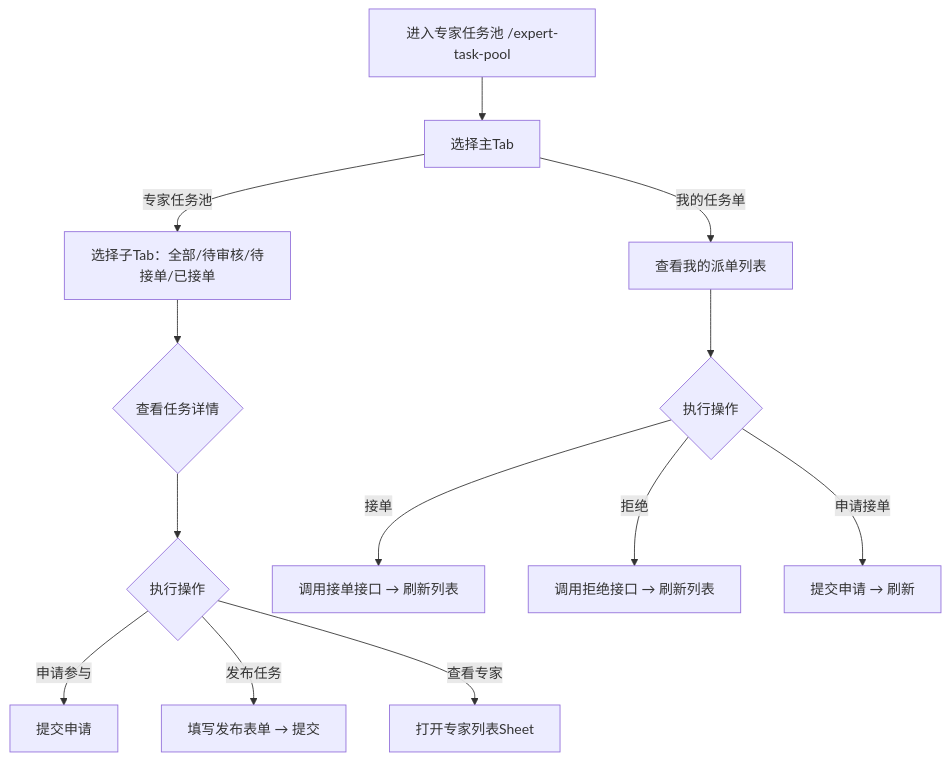
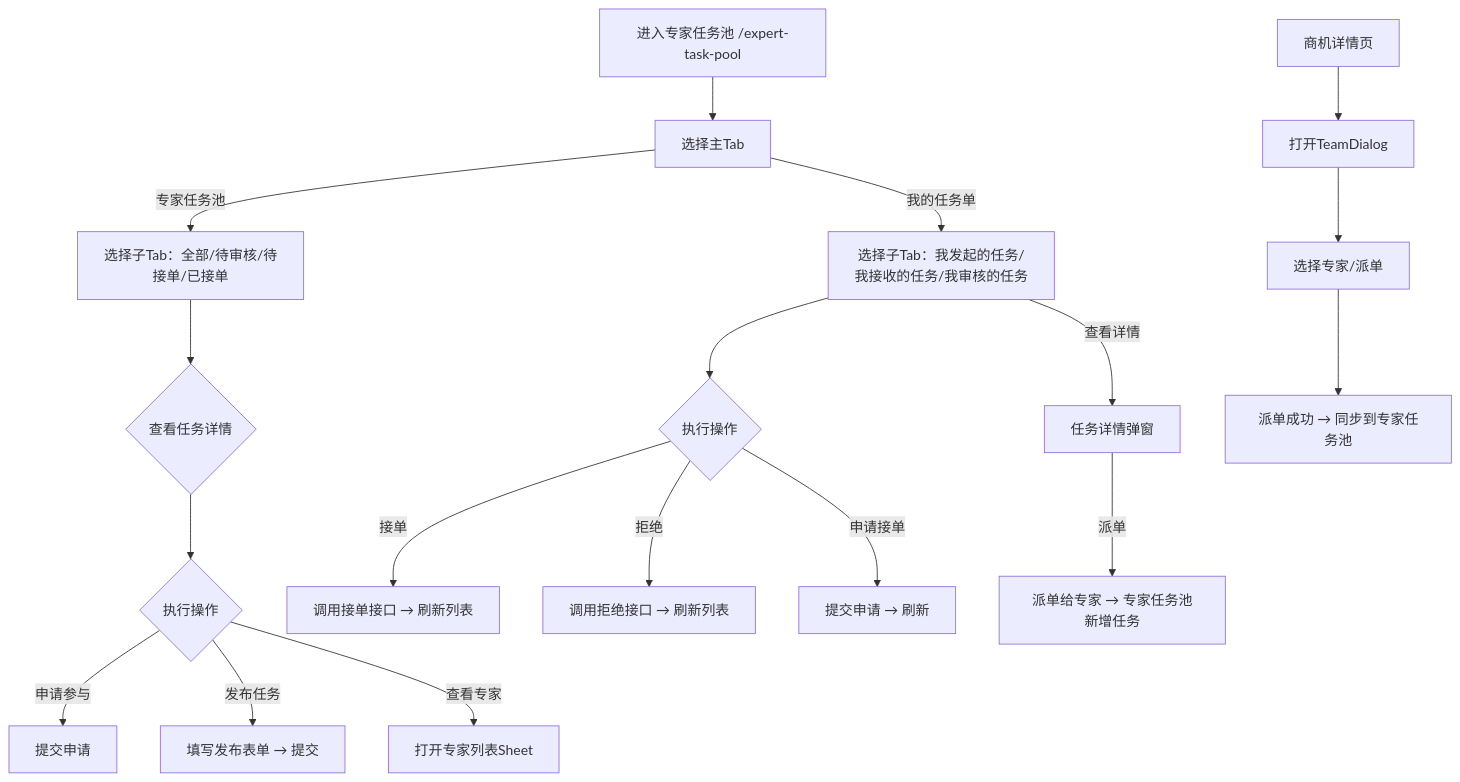
The diagram in .prd/_routes/_expert-task-pool.md (cuiweihaoxuan-eng/lto-app), drawn with Mermaid before and after one commit. The commit also changed other lines of this file and 1 other file, not shown here.

````diff
--- a/.prd/_routes/_expert-task-pool.md
+++ b/.prd/_routes/_expert-task-pool.md
@@ -59,15 +71,21 @@
 ```mermaid
 graph TD
     A[进入专家任务池 /expert-task-pool] --> B[选择主Tab]
     B -->|专家任务池| C[选择子Tab：全部/待审核/待接单/已接单]
-    B -->|我的任务单| D[查看我的派单列表]
+    B -->|我的任务单| D[选择子Tab：我发起的任务/我接收的任务/我审核的任务]
     C --> E{查看任务详情}
     E --> F{执行操作}
     F -->|申请参与| G[提交申请]
     F -->|发布任务| H[填写发布表单 → 提交]
     F -->|查看专家| I[打开专家列表Sheet]
     D --> J{执行操作}
     J -->|接单| K[调用接单接口 → 刷新列表]
     J -->|拒绝| L[调用拒绝接口 → 刷新列表]
     J -->|申请接单| M[提交申请 → 刷新]
+    D -->|查看详情| N[任务详情弹窗]
+    N -->|派单| O[派单给专家 → 专家任务池新增任务]
+
+    P[商机详情页] --> Q[打开TeamDialog]
+    Q --> R[选择专家/派单]
+    R --> S[派单成功 → 同步到专家任务池]
 ```
````
